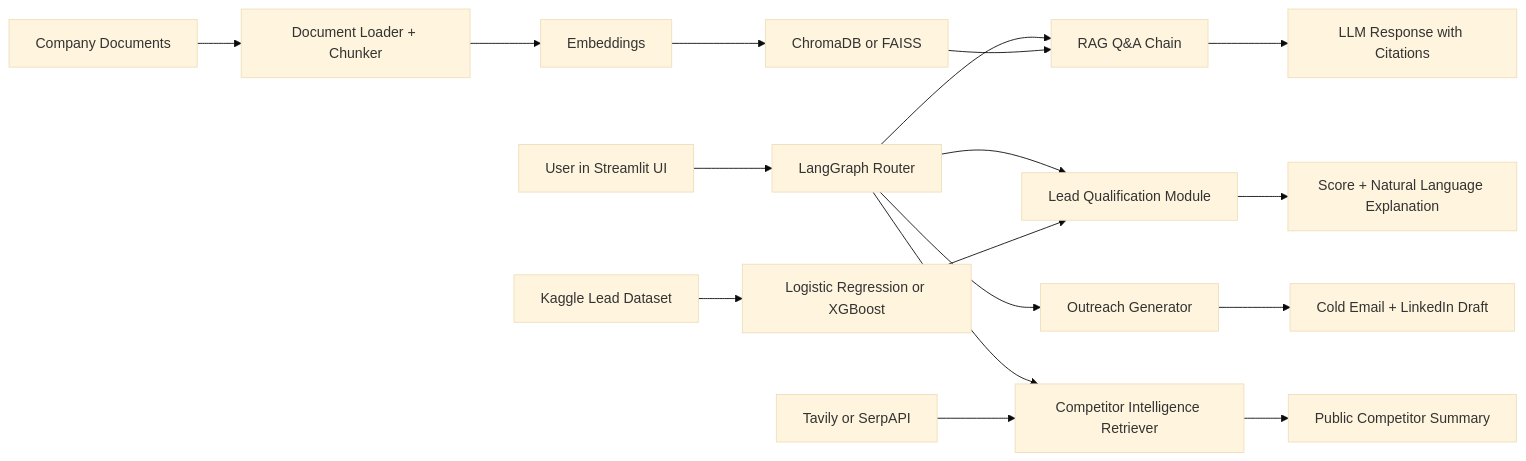
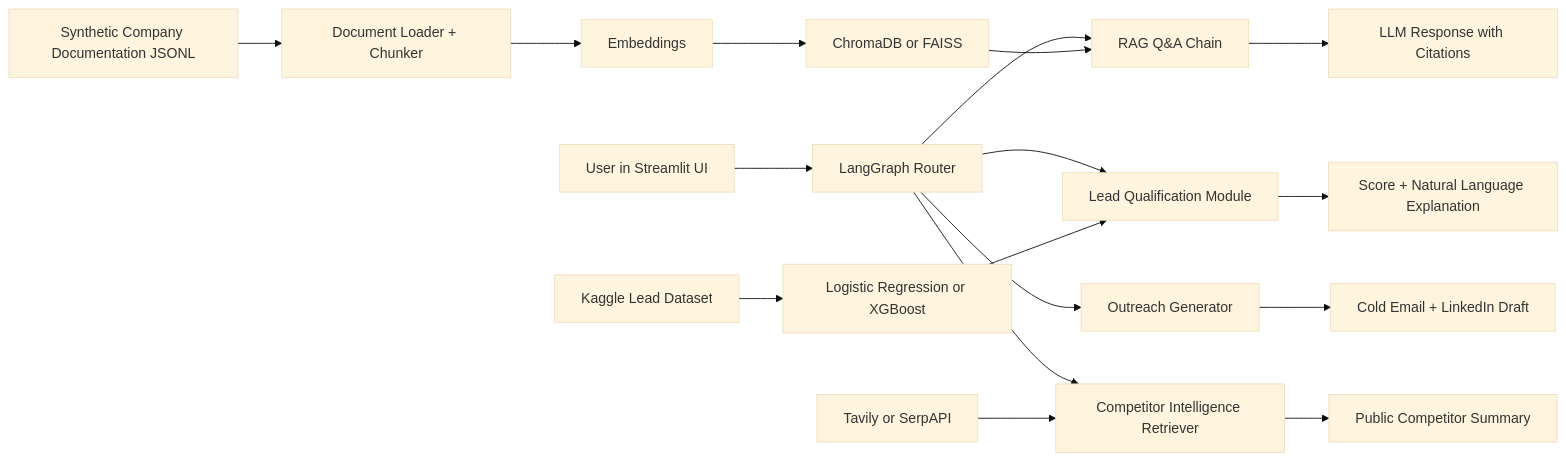
Before and after one commit to SemihSan/Graphic-Era-University-Internship-Project---BizPilot-AI-: the diagram in README.md, drawn with Mermaid (base theme). The commit also changed other lines of this file and 19 other files, not shown here.

````diff
--- a/README.md
+++ b/README.md
@@ -26,19 +75,19 @@
 ```mermaid
 flowchart LR
     U[User in Streamlit UI] --> R[LangGraph Router]
     R --> Q[RAG Q&A Chain]
     R --> L[Lead Qualification Module]
     R --> O[Outreach Generator]
     R --> C[Competitor Intelligence Retriever]
-    D[Company Documents] --> I[Document Loader + Chunker]
+    D[Synthetic Company Documentation JSONL] --> I[Document Loader + Chunker]
     I --> E[Embeddings]
     E --> V[ChromaDB or FAISS]
     V --> Q
     K[Kaggle Lead Dataset] --> M[Logistic Regression or XGBoost]
     M --> L
     W[Tavily or SerpAPI] --> C
     Q --> G[LLM Response with Citations]
     L --> X[Score + Natural Language Explanation]
     O --> Y[Cold Email + LinkedIn Draft]
     C --> Z[Public Competitor Summary]
 ```
````
